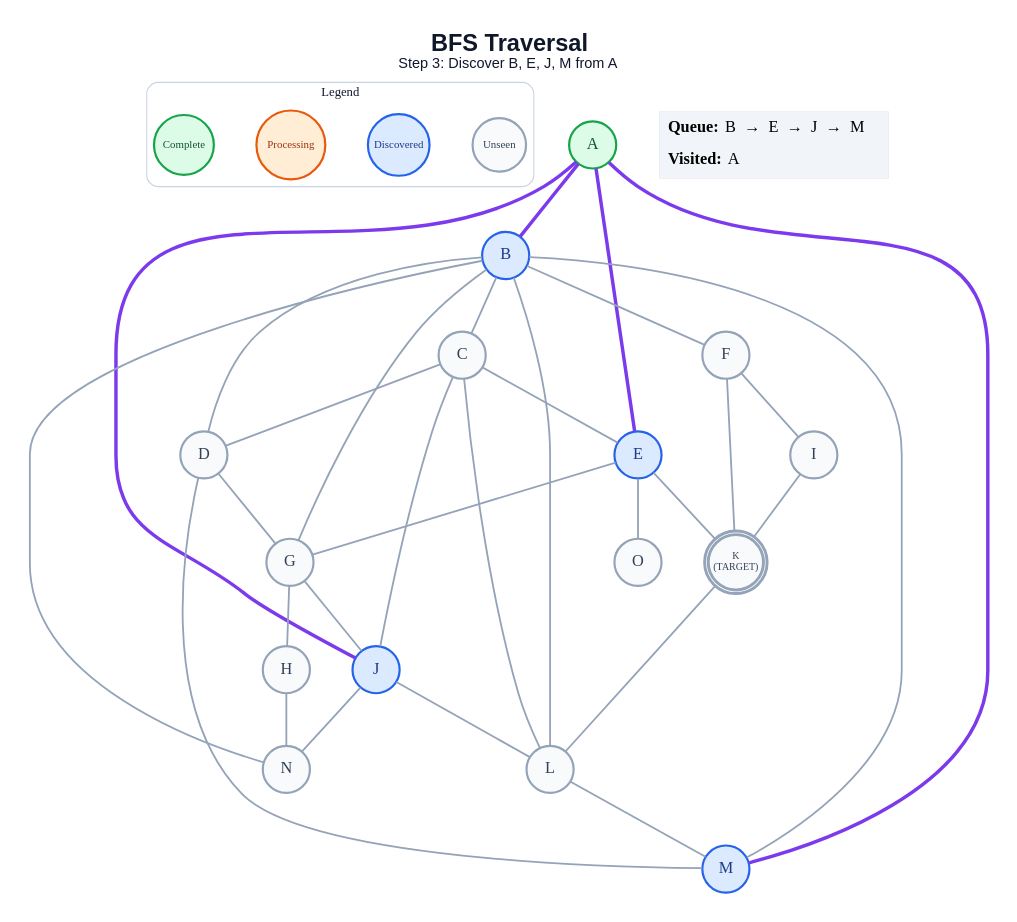
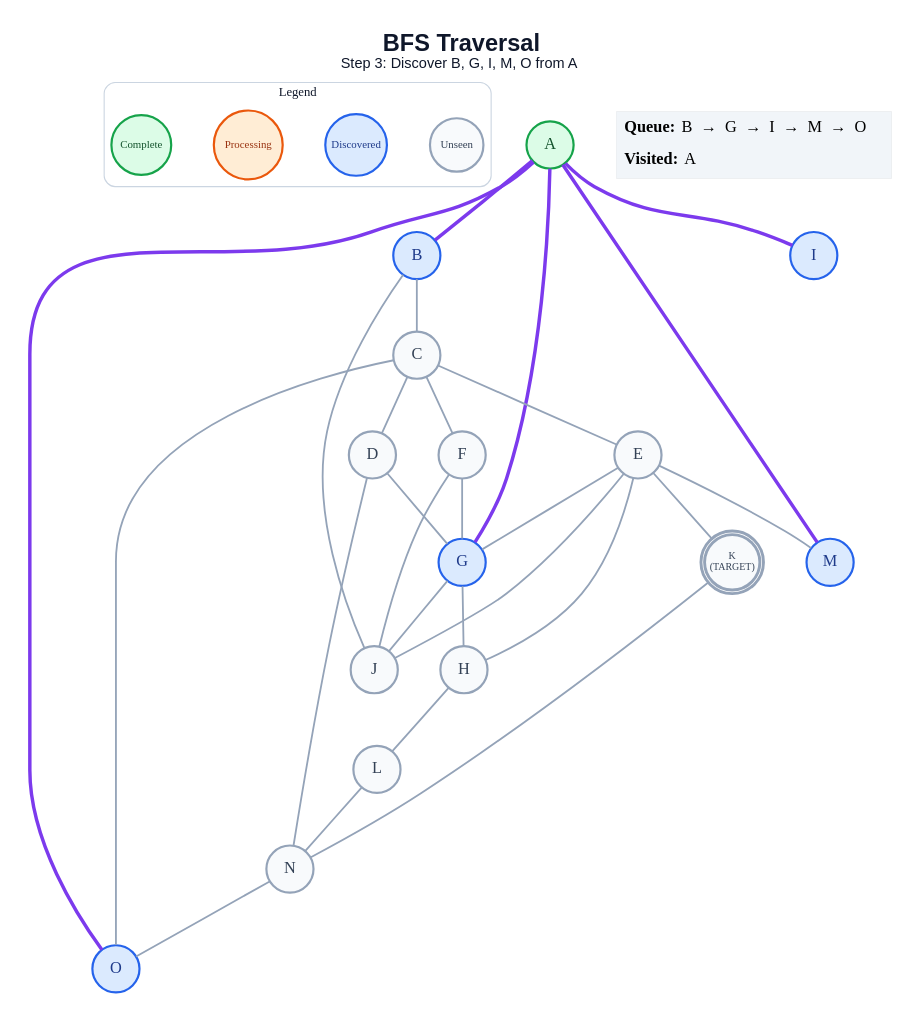
One commit to anon7238593-create/ai-slop changed the diagram in generated/bfs/step_03.dot. Above: the diagram before and after it, drawn with Graphviz. The commit also changed 252 other files, not shown here.

```diff
--- a/generated/bfs/step_03.dot
+++ b/generated/bfs/step_03.dot
@@ -1,64 +1,60 @@
 graph traversal {
   graph [layout=dot, rankdir=TB, bgcolor="#FFFFFF", pad="0.35", nodesep="0.65", ranksep="0.8", fontname="Arial"];
   node [shape=circle, style="filled", fontname="Arial Bold", fontsize=18, width=0.72, fixedsize=true, penwidth=2.4];
   edge [color="#94A3B8", penwidth=2.0];
-  label=<<B>BFS Traversal</B><BR/><FONT POINT-SIZE="16">Step 3: Discover B, E, J, M from A</FONT>>; labelloc="t"; fontsize=26; fontname="Arial"; fontcolor="#0F172A";
+  label=<<B>BFS Traversal</B><BR/><FONT POINT-SIZE="16">Step 3: Discover B, G, I, M, O from A</FONT>>; labelloc="t"; fontsize=26; fontname="Arial"; fontcolor="#0F172A";
   subgraph cluster_legend { label="Legend"; color="#CBD5E1"; penwidth=1.2; style="rounded"; fontsize=14; fontname="Arial Bold";
     key_unseen [label="Unseen", fillcolor="#F8FAFC", color="#94A3B8", fontcolor="#334155", fontsize=12, width=0.82];
     key_frontier [label="Discovered", fillcolor="#DBEAFE", color="#2563EB", fontcolor="#1E3A8A", fontsize=12, width=0.95];
     key_current [label="Processing", fillcolor="#FFEDD5", color="#EA580C", fontcolor="#9A3412", fontsize=12, width=1.05];
     key_done [label="Complete", fillcolor="#DCFCE7", color="#16A34A", fontcolor="#14532D", fontsize=12, width=0.92];
     { rank=same; key_unseen; key_frontier; key_current; key_done; }
   }
   A [label="A", fillcolor="#DCFCE7", color="#16A34A", fontcolor="#14532D", peripheries=1, penwidth=2.4];
   B [label="B", fillcolor="#DBEAFE", color="#2563EB", fontcolor="#1E3A8A", peripheries=1, penwidth=2.4];
   C [label="C", fillcolor="#F8FAFC", color="#94A3B8", fontcolor="#334155", peripheries=1, penwidth=2.4];
   D [label="D", fillcolor="#F8FAFC", color="#94A3B8", fontcolor="#334155", peripheries=1, penwidth=2.4];
-  E [label="E", fillcolor="#DBEAFE", color="#2563EB", fontcolor="#1E3A8A", peripheries=1, penwidth=2.4];
+  E [label="E", fillcolor="#F8FAFC", color="#94A3B8", fontcolor="#334155", peripheries=1, penwidth=2.4];
   F [label="F", fillcolor="#F8FAFC", color="#94A3B8", fontcolor="#334155", peripheries=1, penwidth=2.4];
-  G [label="G", fillcolor="#F8FAFC", color="#94A3B8", fontcolor="#334155", peripheries=1, penwidth=2.4];
+  G [label="G", fillcolor="#DBEAFE", color="#2563EB", fontcolor="#1E3A8A", peripheries=1, penwidth=2.4];
   H [label="H", fillcolor="#F8FAFC", color="#94A3B8", fontcolor="#334155", peripheries=1, penwidth=2.4];
-  I [label="I", fillcolor="#F8FAFC", color="#94A3B8", fontcolor="#334155", peripheries=1, penwidth=2.4];
-  J [label="J", fillcolor="#DBEAFE", color="#2563EB", fontcolor="#1E3A8A", peripheries=1, penwidth=2.4];
+  I [label="I", fillcolor="#DBEAFE", color="#2563EB", fontcolor="#1E3A8A", peripheries=1, penwidth=2.4];
+  J [label="J", fillcolor="#F8FAFC", color="#94A3B8", fontcolor="#334155", peripheries=1, penwidth=2.4];
   K [label="K\n(TARGET)", fillcolor="#F8FAFC", color="#94A3B8", fontcolor="#334155", peripheries=2, penwidth=3.2, fontsize=11, width=0.85, height=0.85];
   L [label="L", fillcolor="#F8FAFC", color="#94A3B8", fontcolor="#334155", peripheries=1, penwidth=2.4];
   M [label="M", fillcolor="#DBEAFE", color="#2563EB", fontcolor="#1E3A8A", peripheries=1, penwidth=2.4];
   N [label="N", fillcolor="#F8FAFC", color="#94A3B8", fontcolor="#334155", peripheries=1, penwidth=2.4];
-  O [label="O", fillcolor="#F8FAFC", color="#94A3B8", fontcolor="#334155", peripheries=1, penwidth=2.4];
+  O [label="O", fillcolor="#DBEAFE", color="#2563EB", fontcolor="#1E3A8A", peripheries=1, penwidth=2.4];
   A -- B [color="#7C3AED", penwidth=3.8];
-  A -- E [color="#7C3AED", penwidth=3.8];
-  A -- J [color="#7C3AED", penwidth=3.8];
+  A -- G [color="#7C3AED", penwidth=3.8];
+  A -- I [color="#7C3AED", penwidth=3.8];
   A -- M [color="#7C3AED", penwidth=3.8];
+  A -- O [color="#7C3AED", penwidth=3.8];
   B -- C;
-  B -- D;
-  B -- F;
-  B -- G;
-  B -- L;
-  B -- M;
-  B -- N;
+  B -- J;
   C -- D;
   C -- E;
-  C -- J;
-  C -- L;
+  C -- F;
+  C -- O;
   D -- G;
-  D -- M;
+  D -- N;
   E -- G;
+  E -- H;
+  E -- J;
   E -- K;
-  E -- O;
-  F -- I;
-  F -- K;
+  E -- M;
+  F -- G;
+  F -- J;
   G -- H;
   G -- J;
-  H -- N;
-  I -- K;
-  J -- L;
-  J -- N;
-  K -- L;
-  L -- M;
+  H -- L;
+  K -- N;
+  L -- N;
+  N -- O;
   status [shape=plain, fixedsize=false, width=0, height=0, margin=0, label=<
     <TABLE BORDER="0" CELLBORDER="0" CELLPADDING="7" BGCOLOR="#F1F5F9">
-      <TR><TD ALIGN="LEFT"><B>Queue:</B> B  →  E  →  J  →  M</TD></TR>
+      <TR><TD ALIGN="LEFT"><B>Queue:</B> B  →  G  →  I  →  M  →  O</TD></TR>
       <TR><TD ALIGN="LEFT"><B>Visited:</B> A</TD></TR>
     </TABLE>
   >];
 }
```
